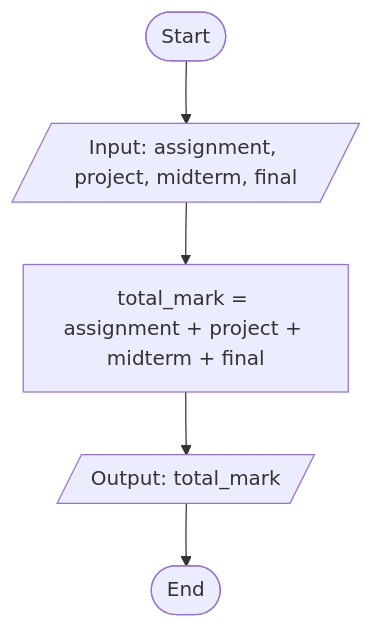
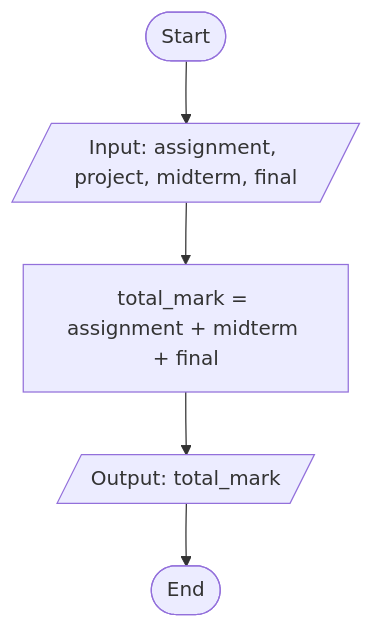
Before and after one commit to SWEG-2019-EC-Batch/Singletons: the third of 3 diagrams in ETS_1122_18_MERSINAN_MEKONEN/Assignment_flowchart.md, drawn with Mermaid. The commit also changed other lines of this file, not shown here.

First line of the commit message:
Revise flowchart details for C++ assignments

````diff
--- a/ETS_1122_18_MERSINAN_MEKONEN/Assignment_flowchart.md
+++ b/ETS_1122_18_MERSINAN_MEKONEN/Assignment_flowchart.md
@@ -53,13 +60,13 @@
 ```mermaid
 
 graph TD 
 
     A([Start]) --> B[/Input: assignment, project, midterm, final/]
 
-    B --> C["total_mark = assignment + project + midterm + final"]
+    B --> C["total_mark = assignment + midterm + final"]
 
     C --> D[/Output: total_mark/]
 
     D --> E([End])
 
 ```
````
